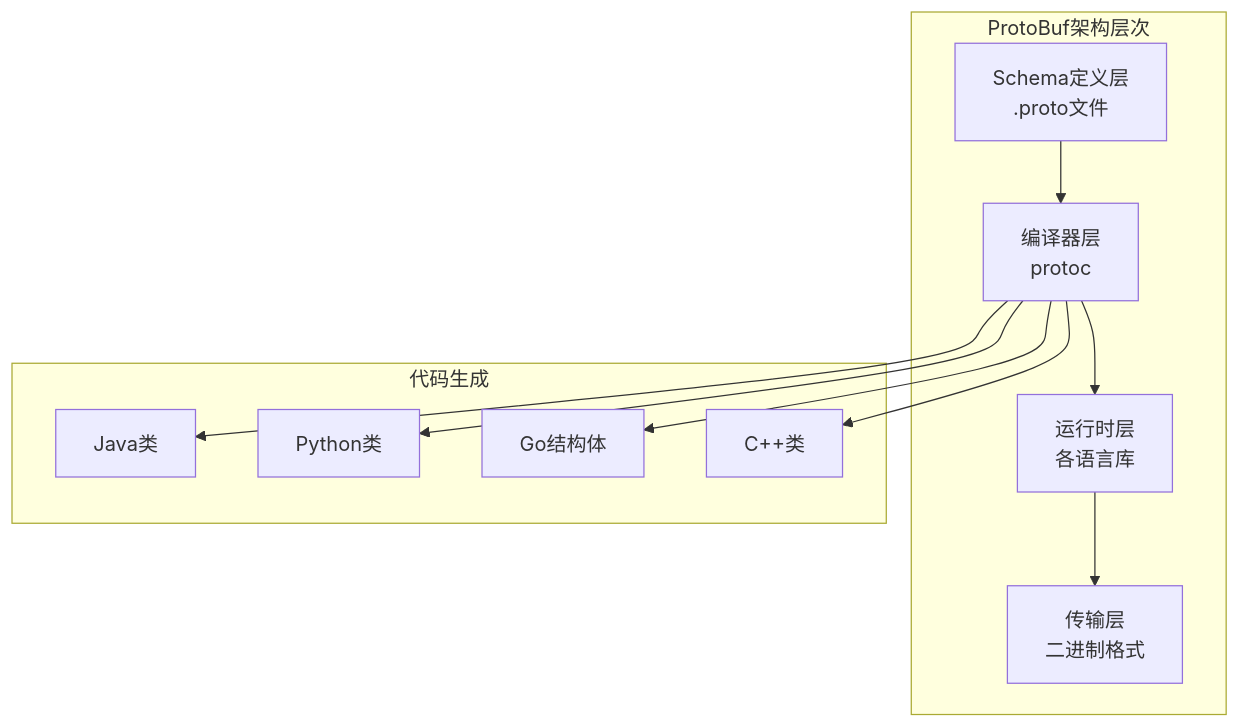
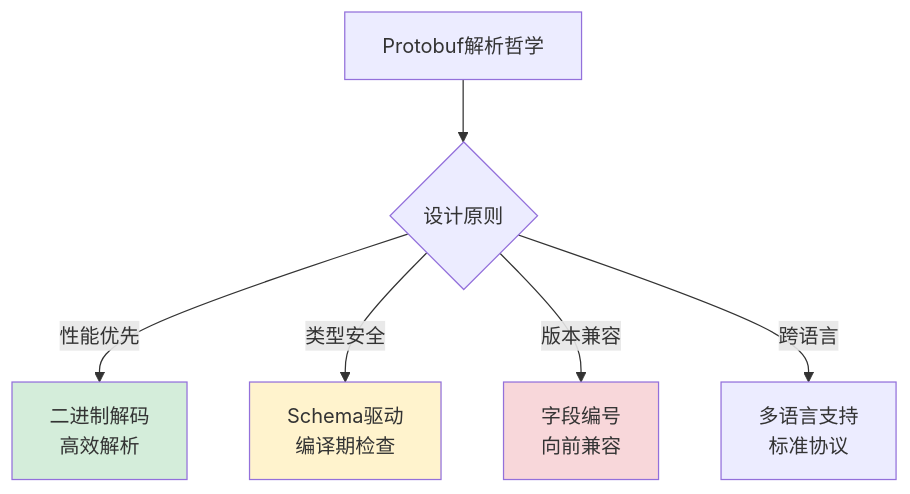
Before and after one commit to chongyang211/YCBookBlog: diagram 16 of 25 in 00.通用技术的提升/02.程序编程原理/06.数据解析设计思想.md, drawn with Mermaid. The commit also changed other lines of this file and 28 other files, not shown here.

````diff
--- a/00.通用技术的提升/02.程序编程原理/06.数据解析设计思想.md
+++ b/00.通用技术的提升/02.程序编程原理/06.数据解析设计思想.md
@@ -384,25 +744,12 @@
 ```mermaid
 graph TB
-    subgraph "ProtoBuf架构层次"
-        Schema[Schema定义层<br/>.proto文件]
-        Compiler[编译器层<br/>protoc]
-        Runtime[运行时层<br/>各语言库]
-        Wire[传输层<br/>二进制格式]
-    end
+    A[Protobuf解析哲学] --> B{设计原则}
+    B -->|性能优先| C[二进制解码<br/>高效解析]
+    B -->|类型安全| D[Schema驱动<br/>编译期检查]
+    B -->|版本兼容| E[字段编号<br/>向前兼容]
+    B -->|跨语言| F[多语言支持<br/>标准协议]
     
-    Schema --> Compiler
-    Compiler --> Runtime
-    Runtime --> Wire
-    
-    subgraph "代码生成"
-        Java[Java类]
-        Python[Python类]
-        Go[Go结构体]
-        Cpp[C++类]
-    end
-    
-    Compiler --> Java
-    Compiler --> Python
-    Compiler --> Go
-    Compiler --> Cpp
+    style C fill:#d4edda
+    style D fill:#fff3cd
+    style E fill:#f8d7da
 ```
````
